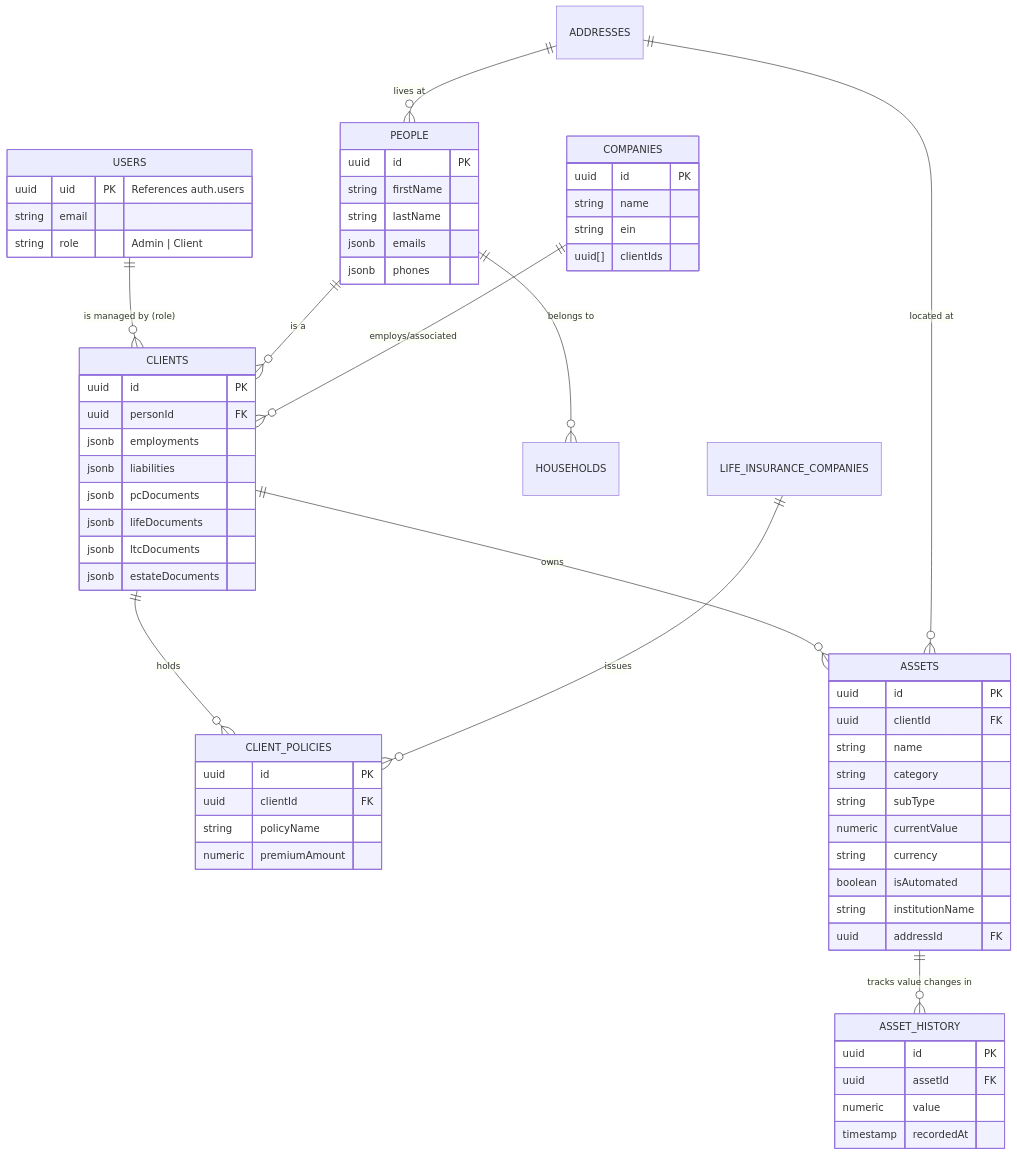
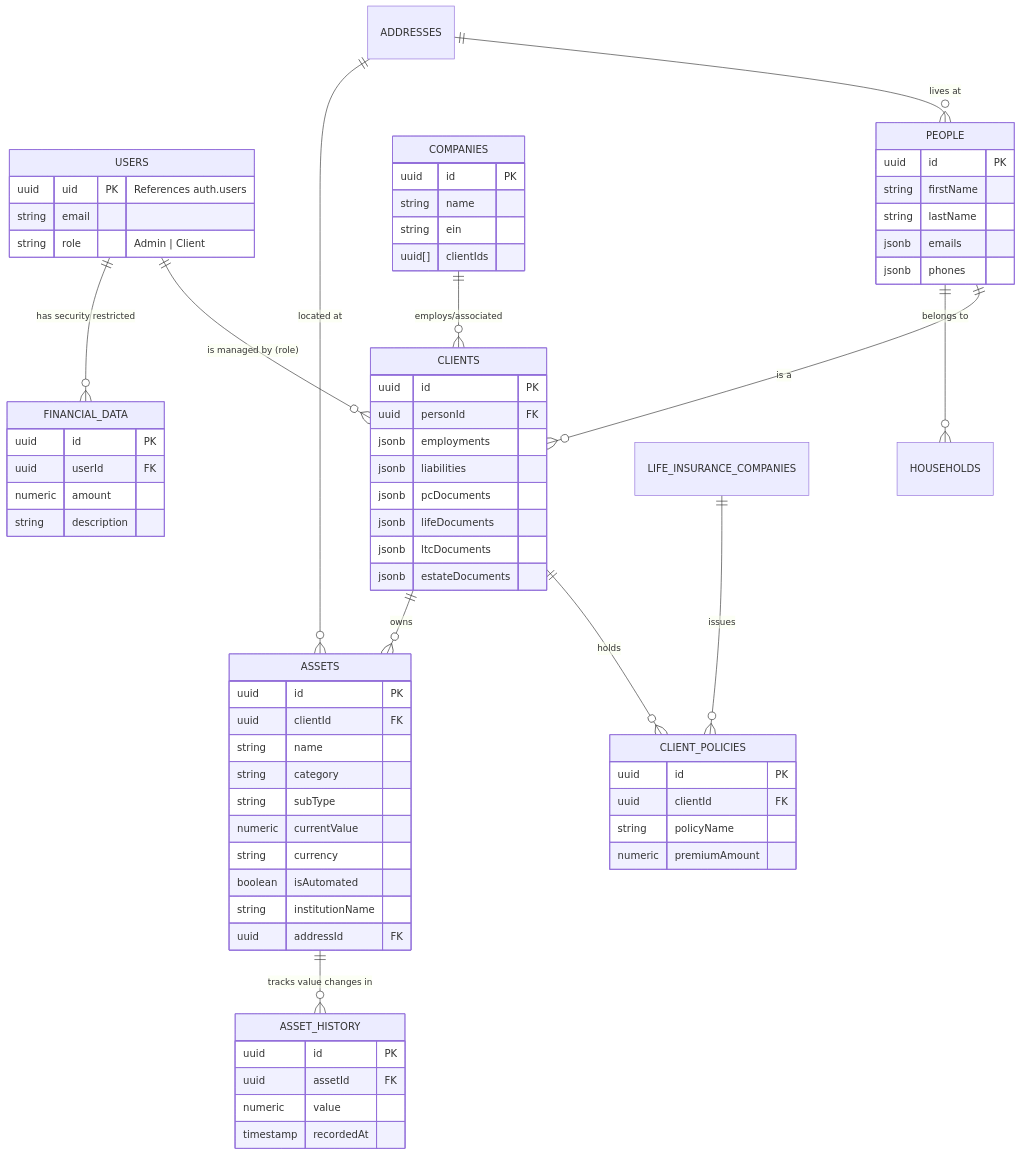
One commit to bereanadvisorgroup/prestige-box changed the diagram in docs/database.md. Above: the diagram before and after it, drawn with Mermaid. The commit also changed other lines of this file and 4 other files, not shown here.

````diff
--- a/docs/database.md
+++ b/docs/database.md
@@ -9,66 +9,73 @@
 ```mermaid
 erDiagram
     USERS ||--o{ CLIENTS : "is managed by (role)"
+    USERS ||--o{ FINANCIAL_DATA : "has security restricted"
     PEOPLE ||--o{ CLIENTS : "is a"
     PEOPLE ||--o{ HOUSEHOLDS : "belongs to"
     ADDRESSES ||--o{ PEOPLE : "lives at"
     COMPANIES ||--o{ CLIENTS : "employs/associated"
     CLIENTS ||--o{ CLIENT_POLICIES : "holds"
     LIFE_INSURANCE_COMPANIES ||--o{ CLIENT_POLICIES : "issues"
     CLIENTS ||--o{ ASSETS : "owns"
     ADDRESSES ||--o{ ASSETS : "located at"
     ASSETS ||--o{ ASSET_HISTORY : "tracks value changes in"
     
     USERS {
         uuid uid PK "References auth.users"
         string email
         string role "Admin | Client"
     }
     PEOPLE {
         uuid id PK
         string firstName
         string lastName
         jsonb emails
         jsonb phones
     }
     CLIENTS {
         uuid id PK
         uuid personId FK
         jsonb employments
         jsonb liabilities
         jsonb pcDocuments
         jsonb lifeDocuments
         jsonb ltcDocuments
         jsonb estateDocuments
     }
     COMPANIES {
         uuid id PK
         string name
         string ein
         uuid[] clientIds
     }
     CLIENT_POLICIES {
         uuid id PK
         uuid clientId FK
         string policyName
         numeric premiumAmount
     }
     ASSETS {
         uuid id PK
         uuid clientId FK
         string name
         string category
         string subType
         numeric currentValue
         string currency
         boolean isAutomated
         string institutionName
         uuid addressId FK
     }
     ASSET_HISTORY {
         uuid id PK
         uuid assetId FK
         numeric value
         timestamp recordedAt
     }
+    FINANCIAL_DATA {
+        uuid id PK
+        uuid userId FK
+        numeric amount
+        string description
+    }
 ```
````
